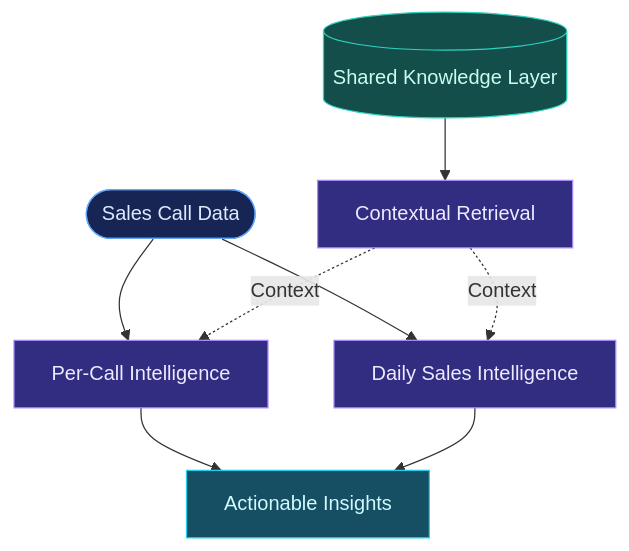
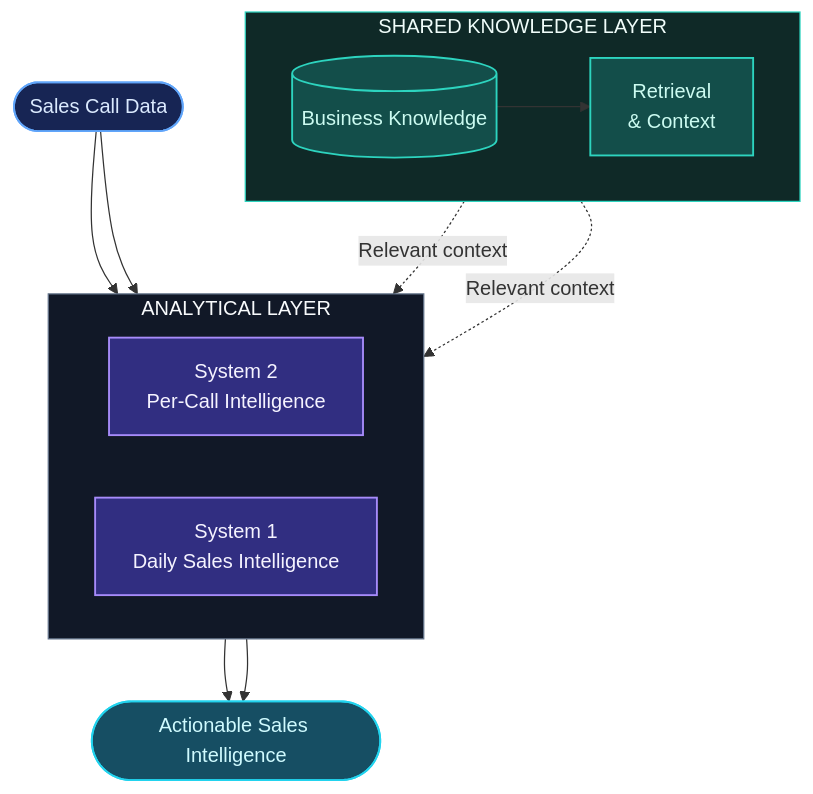
One commit to SinaKakavand/Intelligent_Sales_Automation changed the first of 4 diagrams in README.md. Above: the diagram before and after it, drawn with Mermaid. The commit also changed other lines of this file, not shown here.

````diff
--- a/README.md
+++ b/README.md
@@ -55,27 +57,41 @@
 ```mermaid
 flowchart TB
-    A([Sales Call Data])
-    B[Per-Call Intelligence]
-    C[Daily Sales Intelligence]
-    D[(Shared Knowledge Layer)]
-    E[Contextual Retrieval]
-    F[Actionable Insights]
+    CALLS([Sales Call Data])
 
-    A --> B
-    A --> C
-    D --> E
-    E -. Context .-> B
-    E -. Context .-> C
-    B --> F
-    C --> F
+    subgraph ANALYTICS["ANALYTICAL LAYER"]
+        direction LR
+        S2["System 2<br/>Per-Call Intelligence"]
+        S1["System 1<br/>Daily Sales Intelligence"]
+    end
 
-    classDef input fill:#172554,stroke:#60A5FA,color:#DBEAFE
-    classDef ai fill:#312E81,stroke:#A78BFA,color:#EDE9FE
-    classDef data fill:#134E4A,stroke:#2DD4BF,color:#CCFBF1
-    classDef output fill:#164E63,stroke:#22D3EE,color:#CFFAFE
+    subgraph KNOWLEDGE["SHARED KNOWLEDGE LAYER"]
+        direction LR
+        KB[("Business Knowledge")]
+        RAG["Retrieval<br/>& Context"]
+        KB --> RAG
+    end
 
-    class A input
-    class B,C,E ai
-    class D data
-    class F output
+    RESULTS([Actionable Sales Intelligence])
+
+    CALLS --> S2
+    CALLS --> S1
+
+    RAG -. Relevant context .-> S2
+    RAG -. Relevant context .-> S1
+
+    S2 --> RESULTS
+    S1 --> RESULTS
+
+    classDef source fill:#172554,stroke:#60A5FA,color:#DBEAFE,stroke-width:1.5px
+    classDef system fill:#312E81,stroke:#A78BFA,color:#F5F3FF,stroke-width:1.5px
+    classDef knowledge fill:#134E4A,stroke:#2DD4BF,color:#CCFBF1,stroke-width:1.5px
+    classDef result fill:#164E63,stroke:#22D3EE,color:#CFFAFE,stroke-width:1.5px
+
+    class CALLS source
+    class S1,S2 system
+    class KB,RAG knowledge
+    class RESULTS result
+
+    style ANALYTICS fill:#111827,stroke:#64748B,color:#F8FAFC
+    style KNOWLEDGE fill:#0F2927,stroke:#2DD4BF,color:#F0FDFA
 ```
````
